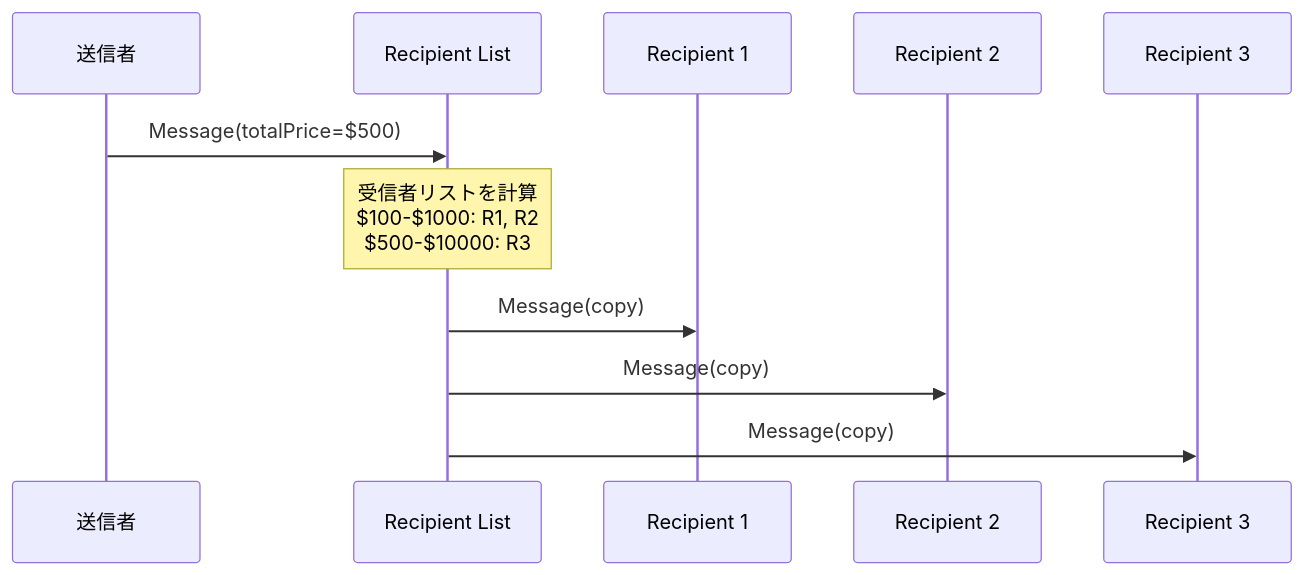
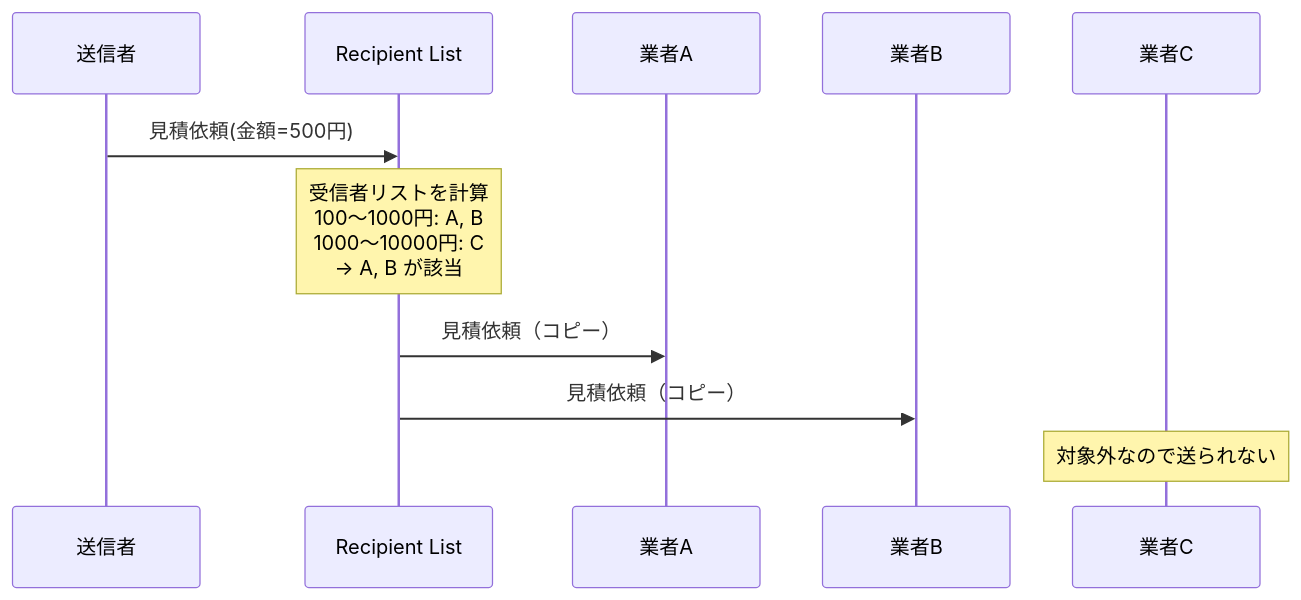
One commit to tomoikey/quartz changed the fourth of 4 diagrams in content/programming/reactive_messaging_pattern/simple-routers/recipient_list.md. Above: the diagram before and after it, drawn with Mermaid. The commit also changed other lines of this file and 18 other files, not shown here.

````diff
--- a/content/programming/reactive_messaging_pattern/simple-routers/recipient_list.md
+++ b/content/programming/reactive_messaging_pattern/simple-routers/recipient_list.md
@@ -50,14 +96,14 @@
 ```mermaid
 sequenceDiagram
     participant Sender as 送信者
     participant RL as Recipient List
-    participant R1 as Recipient 1
-    participant R2 as Recipient 2
-    participant R3 as Recipient 3
+    participant R1 as 業者A
+    participant R2 as 業者B
+    participant R3 as 業者C
 
-    Sender->>RL: Message(totalPrice=$500)
-    Note over RL: 受信者リストを計算<br/>$100-$1000: R1, R2<br/>$500-$10000: R3
-    RL->>R1: Message(copy)
-    RL->>R2: Message(copy)
-    RL->>R3: Message(copy)
+    Sender->>RL: 見積依頼(金額=500円)
+    Note over RL: 受信者リストを計算<br/>100〜1000円: A, B<br/>1000〜10000円: C<br/>→ A, B が該当
+    RL->>R1: 見積依頼（コピー）
+    RL->>R2: 見積依頼（コピー）
+    Note over R3: 対象外なので送られない
 ```
````
